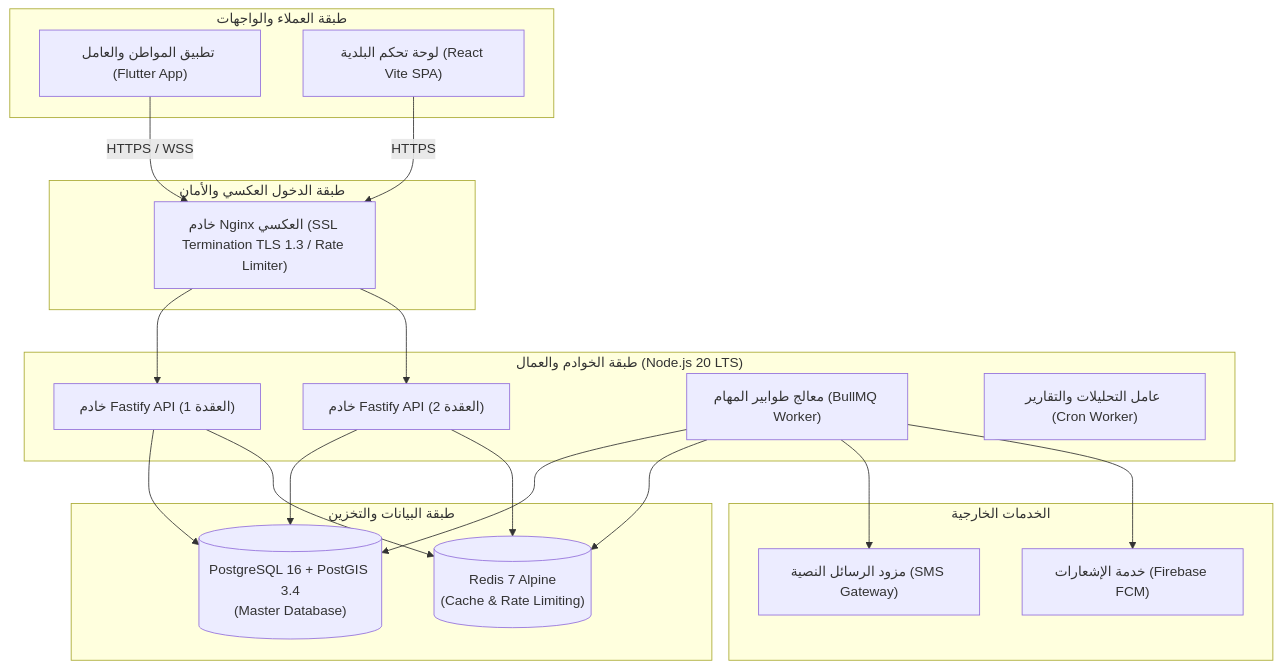
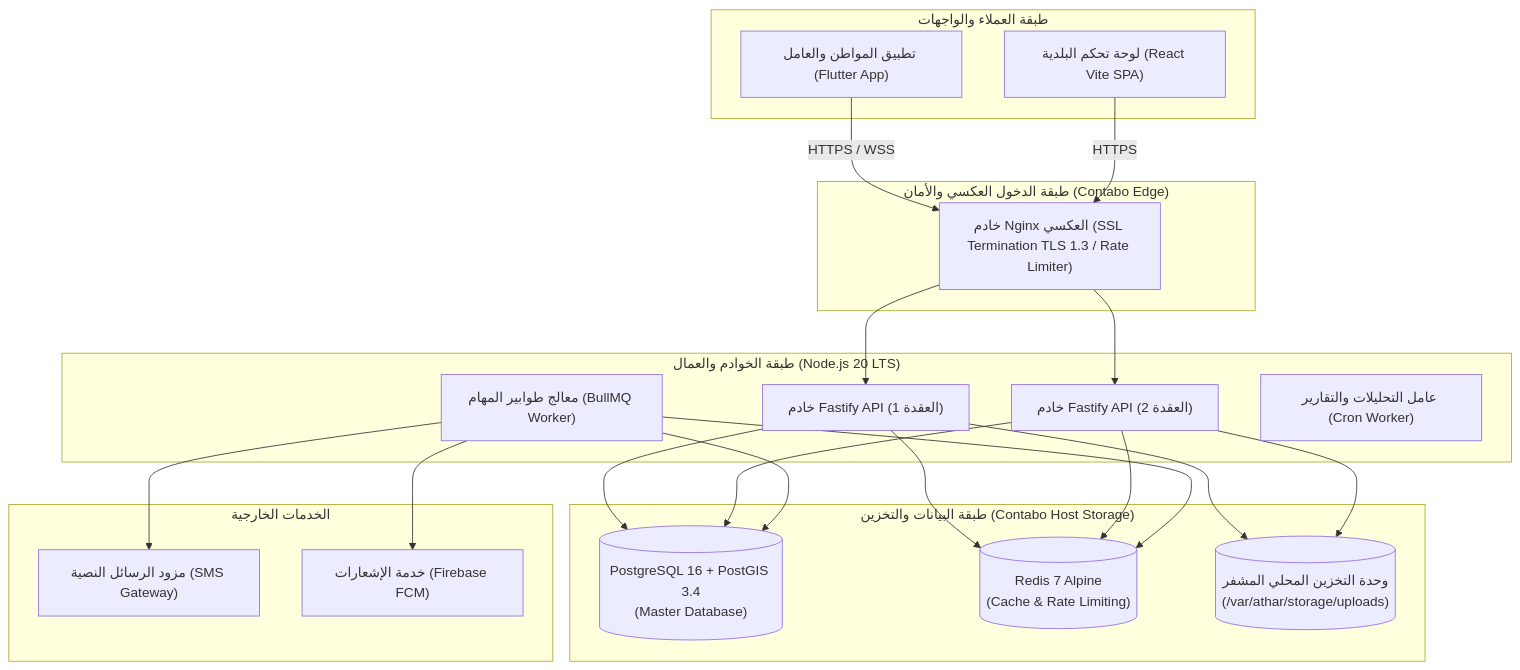
One commit to A-S-Y/Athar changed the diagram in docs/04-specifications/deployment-and-ops.md. Above: the diagram before and after it, drawn with Mermaid. The commit also changed other lines of this file and 9 other files, not shown here.

Commit message:
fix: complete canonical remediation, 25-entity data dictionary, Contabo hosting & storage, and API contracts alignment

````diff
--- a/docs/04-specifications/deployment-and-ops.md
+++ b/docs/04-specifications/deployment-and-ops.md
@@ -10,41 +12,44 @@
 ```mermaid
 flowchart TD
     subgraph ClientLayer ["طبقة العملاء والواجهات"]
         FlutterApp["تطبيق المواطن والعامل (Flutter App)"]
         AdminWeb["لوحة تحكم البلدية (React Vite SPA)"]
     end
 
-    subgraph IngressLayer ["طبقة الدخول العكسي والأمان"]
+    subgraph IngressLayer ["طبقة الدخول العكسي والأمان (Contabo Edge)"]
         NginxProxy["خادم Nginx العكسي (SSL Termination TLS 1.3 / Rate Limiter)"]
     end
 
     subgraph AppLayer ["طبقة الخوادم والعمال (Node.js 20 LTS)"]
         FastifyAPI1["خادم Fastify API (العقدة 1)"]
         FastifyAPI2["خادم Fastify API (العقدة 2)"]
         BackgroundWorker["معالج طوابير المهام (BullMQ Worker)"]
         AnalyticsWorker["عامل التحليلات والتقارير (Cron Worker)"]
     end
 
-    subgraph DataLayer ["طبقة البيانات والتخزين"]
+    subgraph DataLayer ["طبقة البيانات والتخزين (Contabo Host Storage)"]
         PostgresDB[("PostgreSQL 16 + PostGIS 3.4<br/>(Master Database)")]
         RedisCache[("Redis 7 Alpine<br/>(Cache & Rate Limiting)")]
+        HostStorage[("وحدة التخزين المحلي المشفر<br/>(/var/athar/storage/uploads)")]
     end
 
     subgraph ExternalServices ["الخدمات الخارجية"]
         YemenSMS["مزود الرسائل النصية (SMS Gateway)"]
         FCM["خدمة الإشعارات (Firebase FCM)"]
     end
 
     FlutterApp -->|HTTPS / WSS| NginxProxy
     AdminWeb -->|HTTPS| NginxProxy
     NginxProxy --> FastifyAPI1
     NginxProxy --> FastifyAPI2
     FastifyAPI1 --> PostgresDB
     FastifyAPI2 --> PostgresDB
     FastifyAPI1 --> RedisCache
     FastifyAPI2 --> RedisCache
+    FastifyAPI1 --> HostStorage
+    FastifyAPI2 --> HostStorage
     BackgroundWorker --> PostgresDB
     BackgroundWorker --> RedisCache
     BackgroundWorker --> YemenSMS
     BackgroundWorker --> FCM
 ```
````
